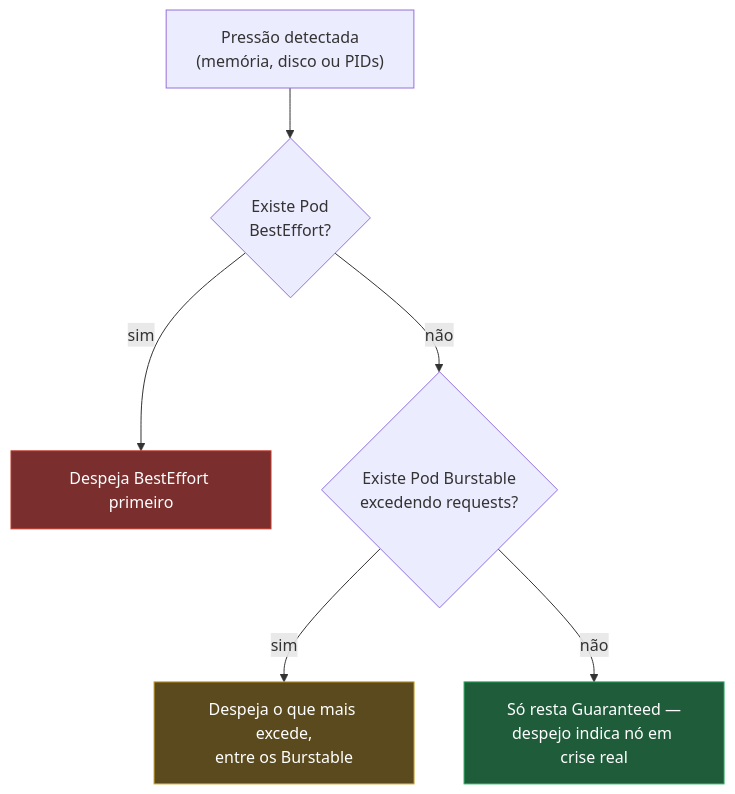
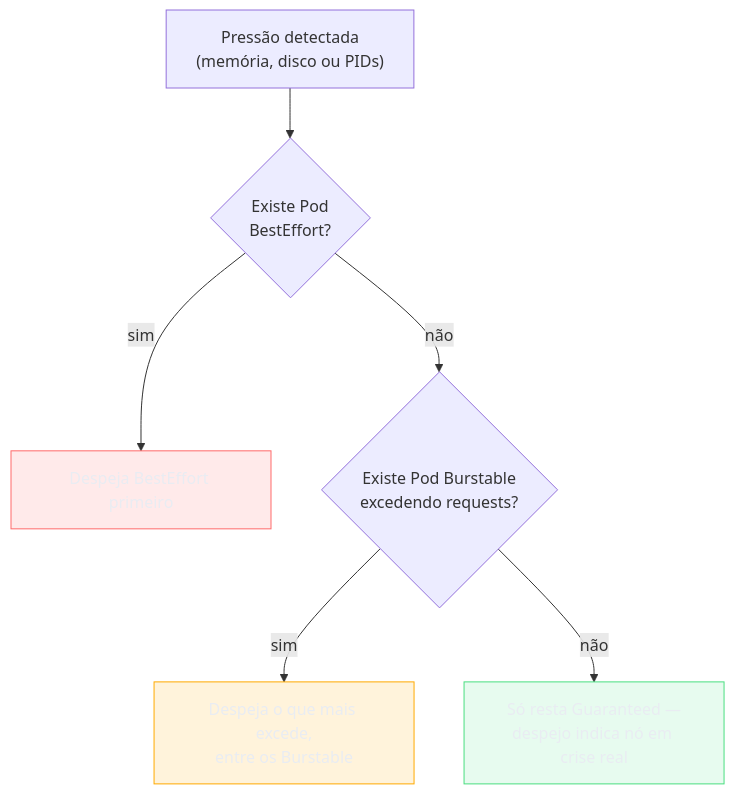
The sixth of 6 diagrams in 03-Dominios/Tecnologia/Infraestrutura/Kubernetes/17 - O kubelet e o nó.md (josenaldo/codex-technomanticus), drawn with Mermaid before and after one commit. The commit also changed other lines of this file and 1181 other files, not shown here.

First line of the commit message:
fix(diagramas): paleta do sistema no lugar de cor cravada no markdown

````diff
--- a/03-Dominios/Tecnologia/Infraestrutura/Kubernetes/17 - O kubelet e o nó.md
+++ b/03-Dominios/Tecnologia/Infraestrutura/Kubernetes/17 - O kubelet e o nó.md
@@ -301,12 +309,15 @@
 ```mermaid
 graph TB
+    classDef falha fill:#FF6B6B24,stroke:#FF6B6B,color:#E9ECF2
+    classDef destaque fill:#FFAA0024,stroke:#FFAA00,color:#E9ECF2
+    classDef ok fill:#4ADE8021,stroke:#4ADE80,color:#E9ECF2
     P["Pressão detectada<br/>(memória, disco ou PIDs)"] --> Q1{"Existe Pod<br/>BestEffort?"}
     Q1 -->|"sim"| E1["Despeja BestEffort primeiro"]
     Q1 -->|"não"| Q2{"Existe Pod Burstable<br/>excedendo requests?"}
     Q2 -->|"sim"| E2["Despeja o que mais excede,<br/>entre os Burstable"]
     Q2 -->|"não"| Q3["Só resta Guaranteed —<br/>despejo indica nó em crise real"]
 
-    style E1 fill:#7a2e2e,stroke:#c0392b,color:#fff
-    style E2 fill:#5a4a1e,stroke:#c9a227,color:#fff
-    style Q3 fill:#1e5c3a,stroke:#27ae60,color:#fff
+    class E1 falha
+    class E2 destaque
+    class Q3 ok
 ```
````
